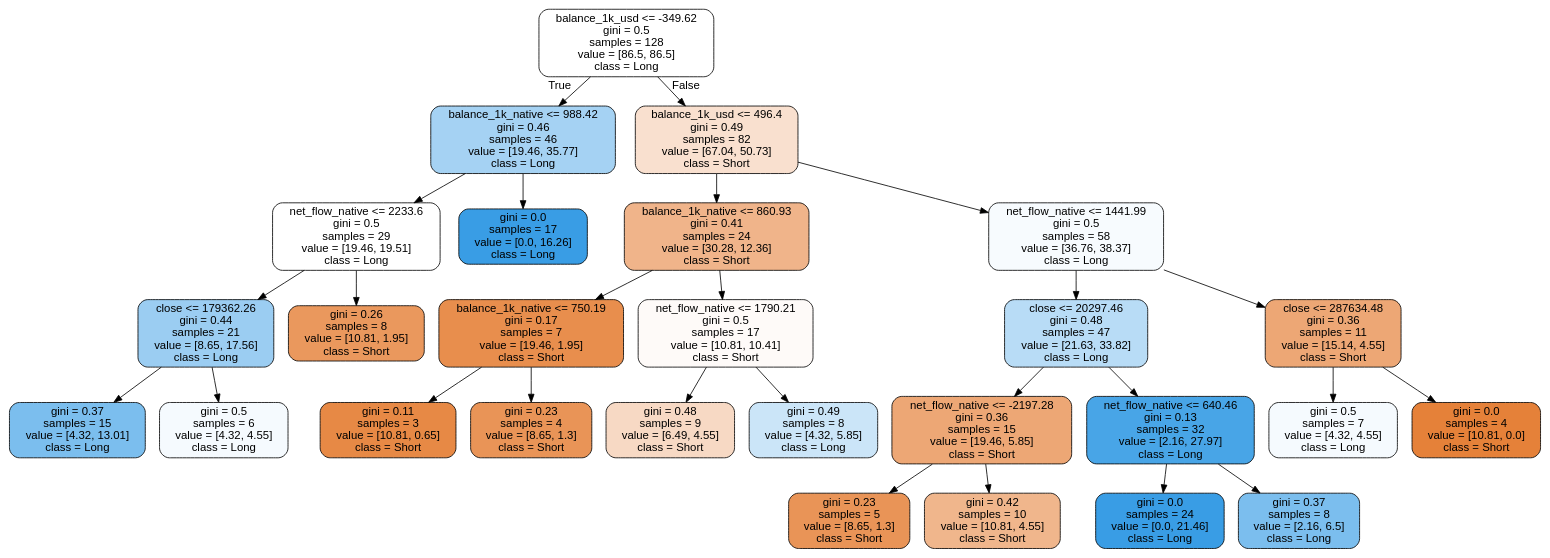
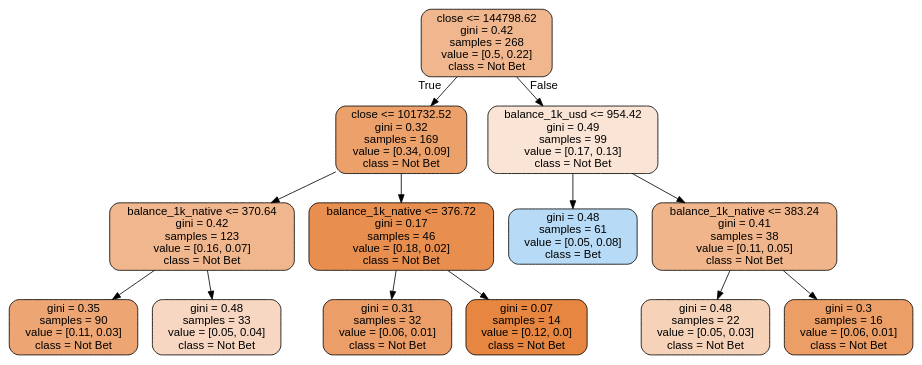
One commit to Ericclck/FinancialModeling changed the diagram in plots/BTC/balance/tree/rf_9.dot. Above: the diagram before and after it, drawn with Graphviz. The commit also changed 29 other files, not shown here.

```diff
--- a/plots/BTC/balance/tree/rf_9.dot
+++ b/plots/BTC/balance/tree/rf_9.dot
@@ -1,57 +1,29 @@
 digraph Tree {
 node [shape=box, style="filled, rounded", color="black", fontname="helvetica"] ;
 edge [fontname="helvetica"] ;
-0 [label="balance_1k_usd <= -349.62\ngini = 0.5\nsamples = 128\nvalue = [86.5, 86.5]\nclass = Long", fillcolor="#ffffff"] ;
-1 [label="balance_1k_native <= 988.42\ngini = 0.46\nsamples = 46\nvalue = [19.46, 35.77]\nclass = Long", fillcolor="#a5d2f3"] ;
+0 [label="close <= 144798.62\ngini = 0.42\nsamples = 268\nvalue = [0.5, 0.22]\nclass = Not Bet", fillcolor="#f0b78e"] ;
+1 [label="close <= 101732.52\ngini = 0.32\nsamples = 169\nvalue = [0.34, 0.09]\nclass = Not Bet", fillcolor="#eca16b"] ;
 0 -> 1 [labeldistance=2.5, labelangle=45, headlabel="True"] ;
-2 [label="net_flow_native <= 2233.6\ngini = 0.5\nsamples = 29\nvalue = [19.46, 19.51]\nclass = Long", fillcolor="#ffffff"] ;
+2 [label="balance_1k_native <= 370.64\ngini = 0.42\nsamples = 123\nvalue = [0.16, 0.07]\nclass = Not Bet", fillcolor="#f0b68d"] ;
 1 -> 2 ;
-3 [label="close <= 179362.26\ngini = 0.44\nsamples = 21\nvalue = [8.65, 17.56]\nclass = Long", fillcolor="#9bcdf2"] ;
+3 [label="gini = 0.35\nsamples = 90\nvalue = [0.11, 0.03]\nclass = Not Bet", fillcolor="#eda673"] ;
 2 -> 3 ;
-4 [label="gini = 0.37\nsamples = 15\nvalue = [4.32, 13.01]\nclass = Long", fillcolor="#7bbeee"] ;
-3 -> 4 ;
-5 [label="gini = 0.5\nsamples = 6\nvalue = [4.32, 4.55]\nclass = Long", fillcolor="#f5fafe"] ;
-3 -> 5 ;
-6 [label="gini = 0.26\nsamples = 8\nvalue = [10.81, 1.95]\nclass = Short", fillcolor="#ea985d"] ;
-2 -> 6 ;
-7 [label="gini = 0.0\nsamples = 17\nvalue = [0.0, 16.26]\nclass = Long", fillcolor="#399de5"] ;
-1 -> 7 ;
-8 [label="balance_1k_usd <= 496.4\ngini = 0.49\nsamples = 82\nvalue = [67.04, 50.73]\nclass = Short", fillcolor="#f9e0cf"] ;
+4 [label="gini = 0.48\nsamples = 33\nvalue = [0.05, 0.04]\nclass = Not Bet", fillcolor="#f7d7c1"] ;
+2 -> 4 ;
+5 [label="balance_1k_native <= 376.72\ngini = 0.17\nsamples = 46\nvalue = [0.18, 0.02]\nclass = Not Bet", fillcolor="#e88e4e"] ;
+1 -> 5 ;
+6 [label="gini = 0.31\nsamples = 32\nvalue = [0.06, 0.01]\nclass = Not Bet", fillcolor="#eb9e67"] ;
+5 -> 6 ;
+7 [label="gini = 0.07\nsamples = 14\nvalue = [0.12, 0.0]\nclass = Not Bet", fillcolor="#e68640"] ;
+5 -> 7 ;
+8 [label="balance_1k_usd <= 954.42\ngini = 0.49\nsamples = 99\nvalue = [0.17, 0.13]\nclass = Not Bet", fillcolor="#fae4d5"] ;
 0 -> 8 [labeldistance=2.5, labelangle=-45, headlabel="False"] ;
-9 [label="balance_1k_native <= 860.93\ngini = 0.41\nsamples = 24\nvalue = [30.28, 12.36]\nclass = Short", fillcolor="#f0b48a"] ;
+9 [label="gini = 0.48\nsamples = 61\nvalue = [0.05, 0.08]\nclass = Bet", fillcolor="#b7dbf6"] ;
 8 -> 9 ;
-10 [label="balance_1k_native <= 750.19\ngini = 0.17\nsamples = 7\nvalue = [19.46, 1.95]\nclass = Short", fillcolor="#e88e4d"] ;
-9 -> 10 ;
-11 [label="gini = 0.11\nsamples = 3\nvalue = [10.81, 0.65]\nclass = Short", fillcolor="#e78945"] ;
+10 [label="balance_1k_native <= 383.24\ngini = 0.41\nsamples = 38\nvalue = [0.11, 0.05]\nclass = Not Bet", fillcolor="#f0b58a"] ;
+8 -> 10 ;
+11 [label="gini = 0.48\nsamples = 22\nvalue = [0.05, 0.03]\nclass = Not Bet", fillcolor="#f6d2b8"] ;
 10 -> 11 ;
-12 [label="gini = 0.23\nsamples = 4\nvalue = [8.65, 1.3]\nclass = Short", fillcolor="#e99457"] ;
+12 [label="gini = 0.3\nsamples = 16\nvalue = [0.06, 0.01]\nclass = Not Bet", fillcolor="#eb9e66"] ;
 10 -> 12 ;
-13 [label="net_flow_native <= 1790.21\ngini = 0.5\nsamples = 17\nvalue = [10.81, 10.41]\nclass = Short", fillcolor="#fefaf8"] ;
-9 -> 13 ;
-14 [label="gini = 0.48\nsamples = 9\nvalue = [6.49, 4.55]\nclass = Short", fillcolor="#f7d9c4"] ;
-13 -> 14 ;
-15 [label="gini = 0.49\nsamples = 8\nvalue = [4.32, 5.85]\nclass = Long", fillcolor="#cbe5f8"] ;
-13 -> 15 ;
-16 [label="net_flow_native <= 1441.99\ngini = 0.5\nsamples = 58\nvalue = [36.76, 38.37]\nclass = Long", fillcolor="#f7fbfe"] ;
-8 -> 16 ;
-17 [label="close <= 20297.46\ngini = 0.48\nsamples = 47\nvalue = [21.63, 33.82]\nclass = Long", fillcolor="#b8dcf6"] ;
-16 -> 17 ;
-18 [label="net_flow_native <= -2197.28\ngini = 0.36\nsamples = 15\nvalue = [19.46, 5.85]\nclass = Short", fillcolor="#eda775"] ;
-17 -> 18 ;
-19 [label="gini = 0.23\nsamples = 5\nvalue = [8.65, 1.3]\nclass = Short", fillcolor="#e99457"] ;
-18 -> 19 ;
-20 [label="gini = 0.42\nsamples = 10\nvalue = [10.81, 4.55]\nclass = Short", fillcolor="#f0b68c"] ;
-18 -> 20 ;
-21 [label="net_flow_native <= 640.46\ngini = 0.13\nsamples = 32\nvalue = [2.16, 27.97]\nclass = Long", fillcolor="#48a5e7"] ;
-17 -> 21 ;
-22 [label="gini = 0.0\nsamples = 24\nvalue = [0.0, 21.46]\nclass = Long", fillcolor="#399de5"] ;
-21 -> 22 ;
-23 [label="gini = 0.37\nsamples = 8\nvalue = [2.16, 6.5]\nclass = Long", fillcolor="#7bbeee"] ;
-21 -> 23 ;
-24 [label="close <= 287634.48\ngini = 0.36\nsamples = 11\nvalue = [15.14, 4.55]\nclass = Short", fillcolor="#eda775"] ;
-16 -> 24 ;
-25 [label="gini = 0.5\nsamples = 7\nvalue = [4.32, 4.55]\nclass = Long", fillcolor="#f5fafe"] ;
-24 -> 25 ;
-26 [label="gini = 0.0\nsamples = 4\nvalue = [10.81, 0.0]\nclass = Short", fillcolor="#e58139"] ;
-24 -> 26 ;
 }
```
